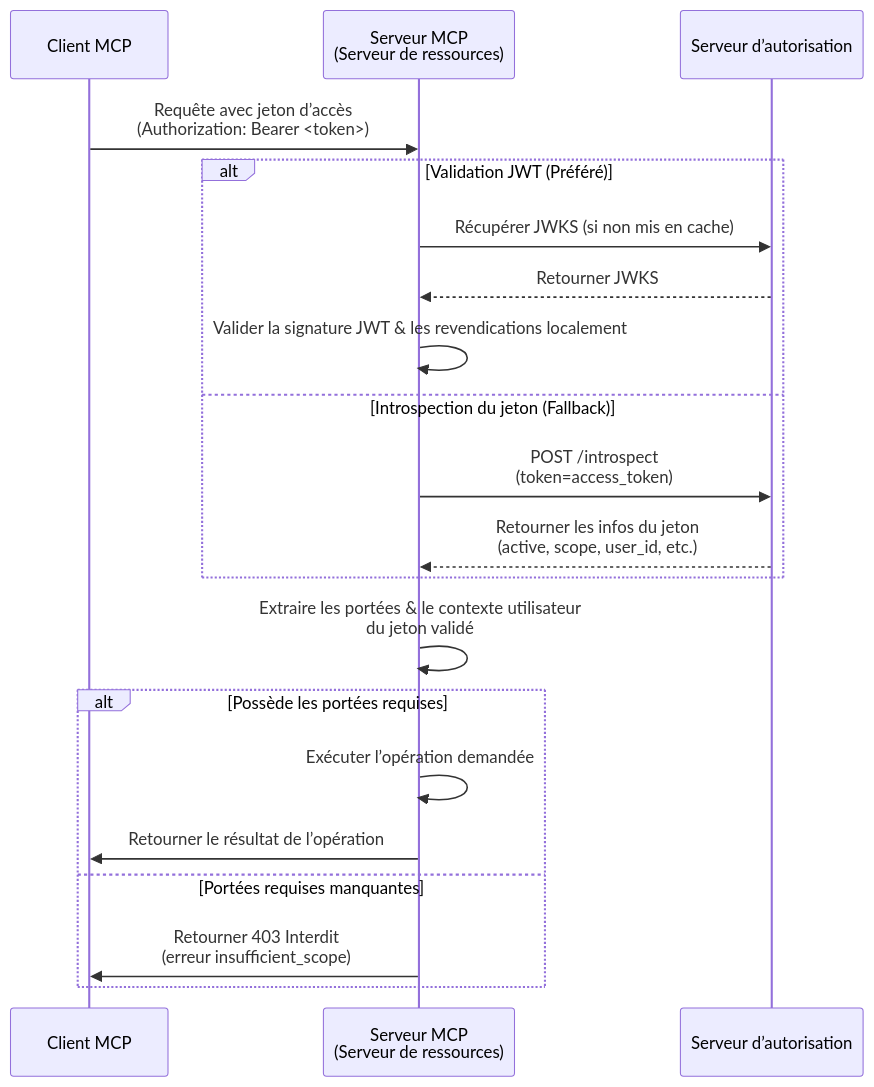
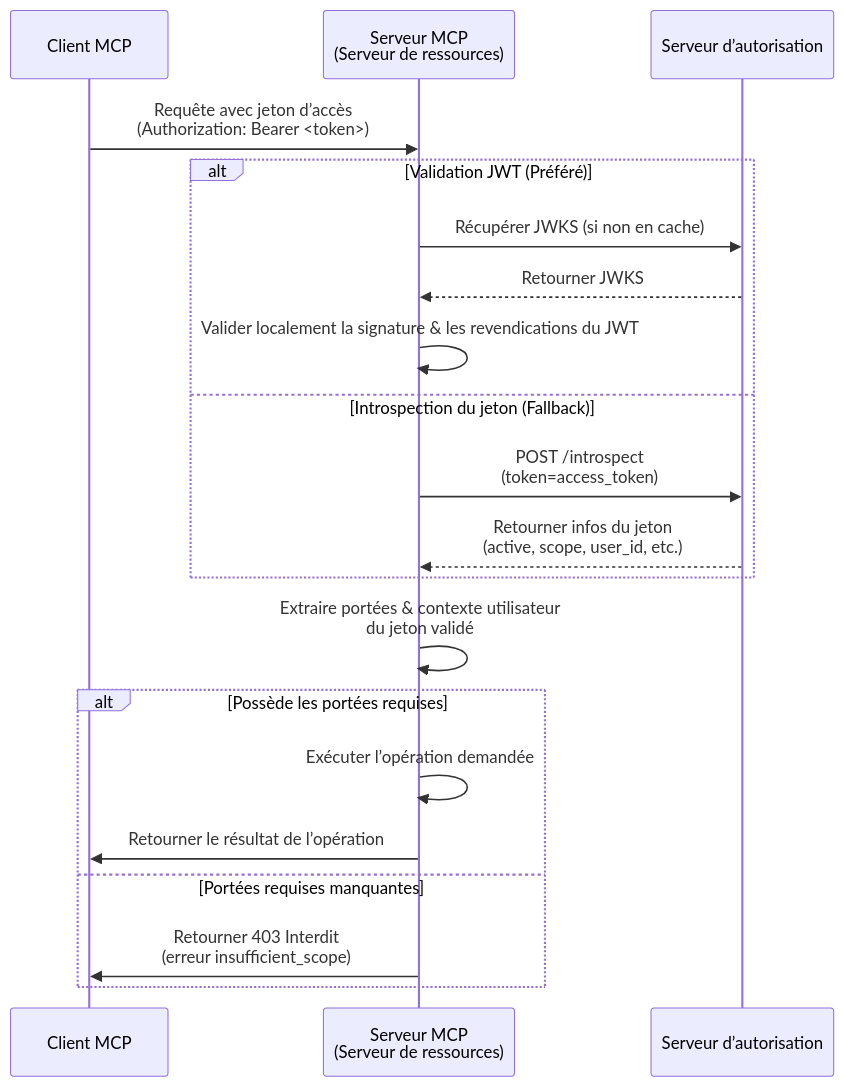
The second of 2 diagrams in i18n/fr/docusaurus-plugin-content-docs/current/tutorials/todo-manager/README.mdx (mcp-auth/docs), drawn with Mermaid before and after one commit. The commit also changed other lines of this file and 53 other files, not shown here.

````diff
--- a/i18n/fr/docusaurus-plugin-content-docs/current/tutorials/todo-manager/README.mdx
+++ b/i18n/fr/docusaurus-plugin-content-docs/current/tutorials/todo-manager/README.mdx
@@ -132,26 +135,26 @@
 ```mermaid
 sequenceDiagram
     participant Client as Client MCP
     participant Server as Serveur MCP<br/>(Serveur de ressources)
     participant Auth as Serveur d’autorisation
 
     Client->>Server: Requête avec jeton d’accès<br/>(Authorization: Bearer <token>)
 
     alt Validation JWT (Préféré)
-        Server->>Auth: Récupérer JWKS (si non mis en cache)
+        Server->>Auth: Récupérer JWKS (si non en cache)
         Auth-->>Server: Retourner JWKS
-        Server->>Server: Valider la signature JWT & les revendications localement
+        Server->>Server: Valider localement la signature & les revendications du JWT
     else Introspection du jeton (Fallback)
         Server->>Auth: POST /introspect<br/>(token=access_token)
-        Auth-->>Server: Retourner les infos du jeton<br/>(active, scope, user_id, etc.)
+        Auth-->>Server: Retourner infos du jeton<br/>(active, scope, user_id, etc.)
     end
 
-    Server->>Server: Extraire les portées & le contexte utilisateur<br/>du jeton validé
+    Server->>Server: Extraire portées & contexte utilisateur<br/>du jeton validé
 
     alt Possède les portées requises
         Server->>Server: Exécuter l’opération demandée
         Server->>Client: Retourner le résultat de l’opération
     else Portées requises manquantes
         Server->>Client: Retourner 403 Interdit<br/>(erreur insufficient_scope)
     end
 ```
````
